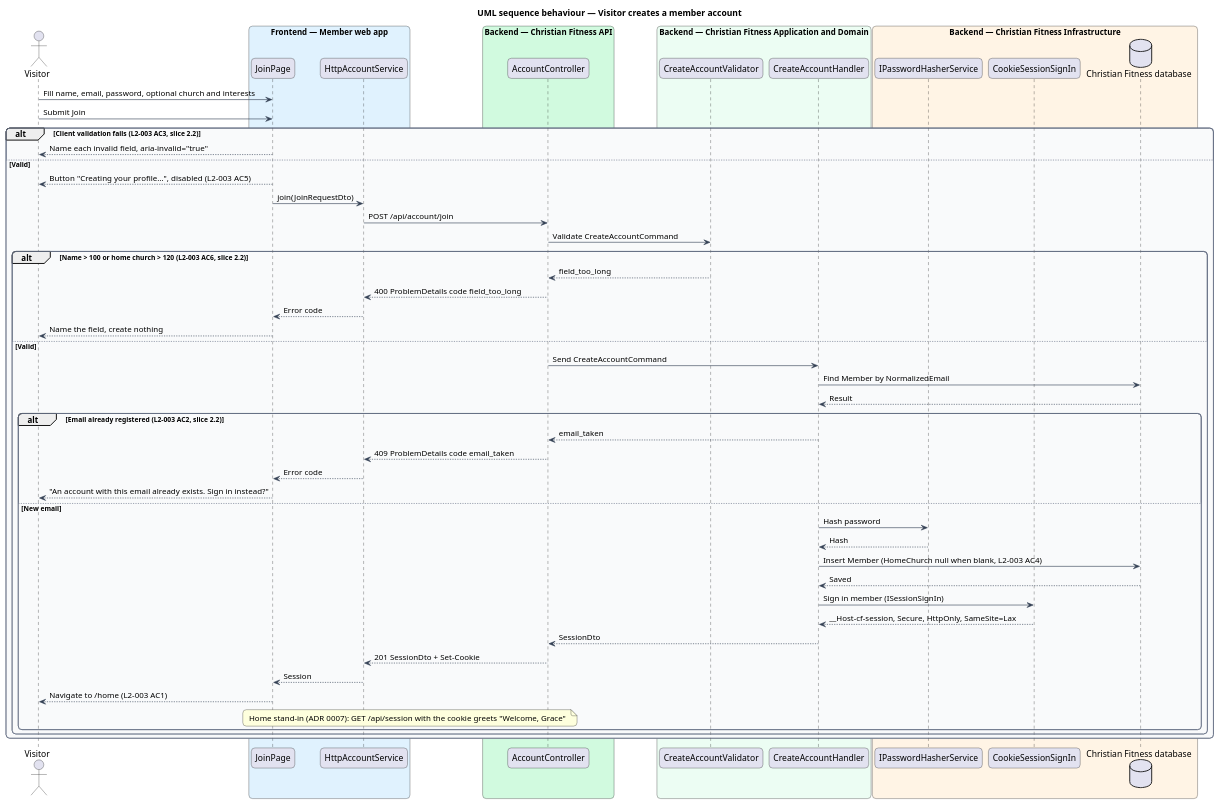
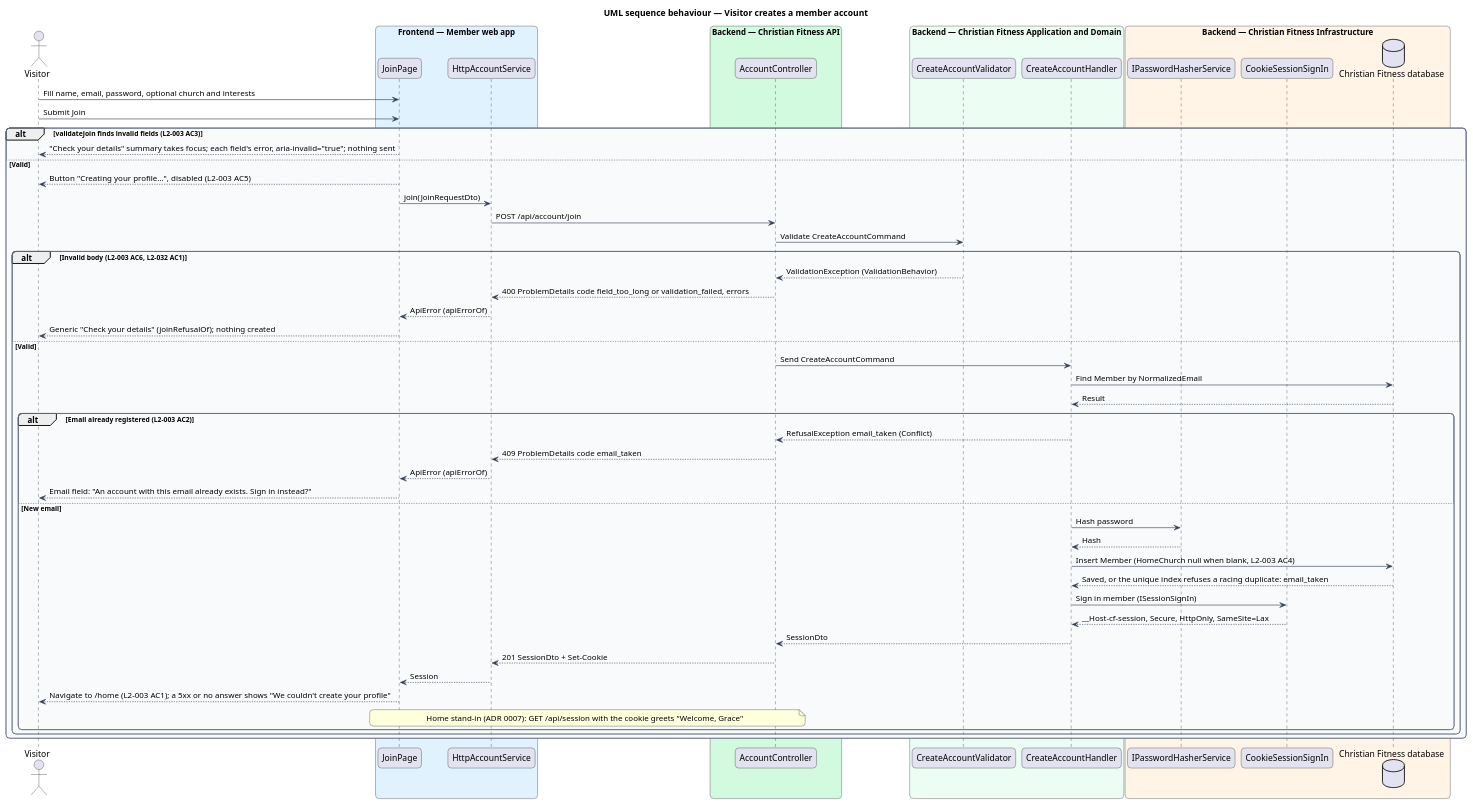
The diagram in docs/detailed-designs/member-access/create-account/diagrams/sequence-create-account.puml (QuinntyneBrown/christian-fitness), drawn with PlantUML before and after one commit. The commit also changed 21 other files, not shown here.

First line of the commit message:
Design slice 2.2: join refusals

```diff
--- a/docs/detailed-designs/member-access/create-account/diagrams/sequence-create-account.puml
+++ b/docs/detailed-designs/member-access/create-account/diagrams/sequence-create-account.puml
@@ -1,72 +1,72 @@
 @startuml
 title UML sequence behaviour — Visitor creates a member account
 skinparam backgroundColor #FFFFFF
 skinparam shadowing false
 skinparam roundcorner 12
 skinparam defaultFontName Arial
 skinparam ArrowColor #344054
 skinparam rectangle {
   BorderColor #344054
   FontColor #101828
 }
 skinparam package {
   BorderColor #667085
   FontColor #101828
   BackgroundColor #F9FAFB
 }
 actor "Visitor" as actor
 box "Frontend — Member web app" #E0F2FE
   participant "JoinPage" as page
   participant "HttpAccountService" as client
 end box
 box "Backend — Christian Fitness API" #D1FADF
   participant "AccountController" as ctrl
 end box
 box "Backend — Christian Fitness Application and Domain" #ECFDF3
   participant "CreateAccountValidator" as v
   participant "CreateAccountHandler" as h
 end box
 box "Backend — Christian Fitness Infrastructure" #FFF4E5
   participant "IPasswordHasherService" as hash
   participant "CookieSessionSignIn" as sess
   database "Christian Fitness database" as db
 end box
 actor -> page : Fill name, email, password, optional church and interests
 actor -> page : Submit Join
-alt Client validation fails (L2-003 AC3, slice 2.2)
-  page --> actor : Name each invalid field, aria-invalid="true"
+alt validateJoin finds invalid fields (L2-003 AC3)
+  page --> actor : "Check your details" summary takes focus; each field's error, aria-invalid="true"; nothing sent
 else Valid
   page --> actor : Button "Creating your profile…", disabled (L2-003 AC5)
   page -> client : join(JoinRequestDto)
   client -> ctrl : POST /api/account/join
   ctrl -> v : Validate CreateAccountCommand
-  alt Name > 100 or home church > 120 (L2-003 AC6, slice 2.2)
-    v --> ctrl : field_too_long
-    ctrl --> client : 400 ProblemDetails code field_too_long
-    client --> page : Error code
-    page --> actor : Name the field, create nothing
+  alt Invalid body (L2-003 AC6, L2-032 AC1)
+    v --> ctrl : ValidationException (ValidationBehavior)
+    ctrl --> client : 400 ProblemDetails code field_too_long or validation_failed, errors
+    client --> page : ApiError (apiErrorOf)
+    page --> actor : Generic "Check your details" (joinRefusalOf); nothing created
   else Valid
     ctrl -> h : Send CreateAccountCommand
     h -> db : Find Member by NormalizedEmail
     db --> h : Result
-    alt Email already registered (L2-003 AC2, slice 2.2)
-      h --> ctrl : email_taken
+    alt Email already registered (L2-003 AC2)
+      h --> ctrl : RefusalException email_taken (Conflict)
       ctrl --> client : 409 ProblemDetails code email_taken
-      client --> page : Error code
-      page --> actor : "An account with this email already exists. Sign in instead?"
+      client --> page : ApiError (apiErrorOf)
+      page --> actor : Email field: "An account with this email already exists. Sign in instead?"
     else New email
       h -> hash : Hash password
       hash --> h : Hash
       h -> db : Insert Member (HomeChurch null when blank, L2-003 AC4)
-      db --> h : Saved
+      db --> h : Saved, or the unique index refuses a racing duplicate: email_taken
       h -> sess : Sign in member (ISessionSignIn)
       sess --> h : __Host-cf-session, Secure, HttpOnly, SameSite=Lax
       h --> ctrl : SessionDto
       ctrl --> client : 201 SessionDto + Set-Cookie
       client --> page : Session
-      page --> actor : Navigate to /home (L2-003 AC1)
+      page --> actor : Navigate to /home (L2-003 AC1); a 5xx or no answer shows "We couldn't create your profile"
       note over page, ctrl : Home stand-in (ADR 0007): GET /api/session with the cookie greets "Welcome, Grace"
     end
   end
 end
 @enduml
```
